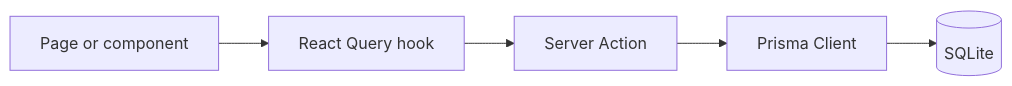
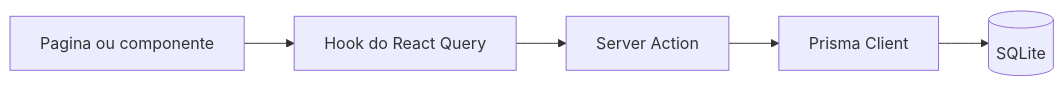
Before and after one commit to catuaba07/do-quintal-a-cozinha: the diagram in docs/wiki/Architecture.md, drawn with Mermaid. The commit also changed other lines of this file and 8 other files, not shown here.

````diff
--- a/docs/wiki/Architecture.md
+++ b/docs/wiki/Architecture.md
@@ -11,7 +11,7 @@
 ```mermaid
 flowchart LR
-  A[Page or component] --> B[React Query hook]
+  A[Pagina ou componente] --> B[Hook do React Query]
   B --> C[Server Action]
   C --> D[Prisma Client]
   D --> E[(SQLite)]
 ```
````
